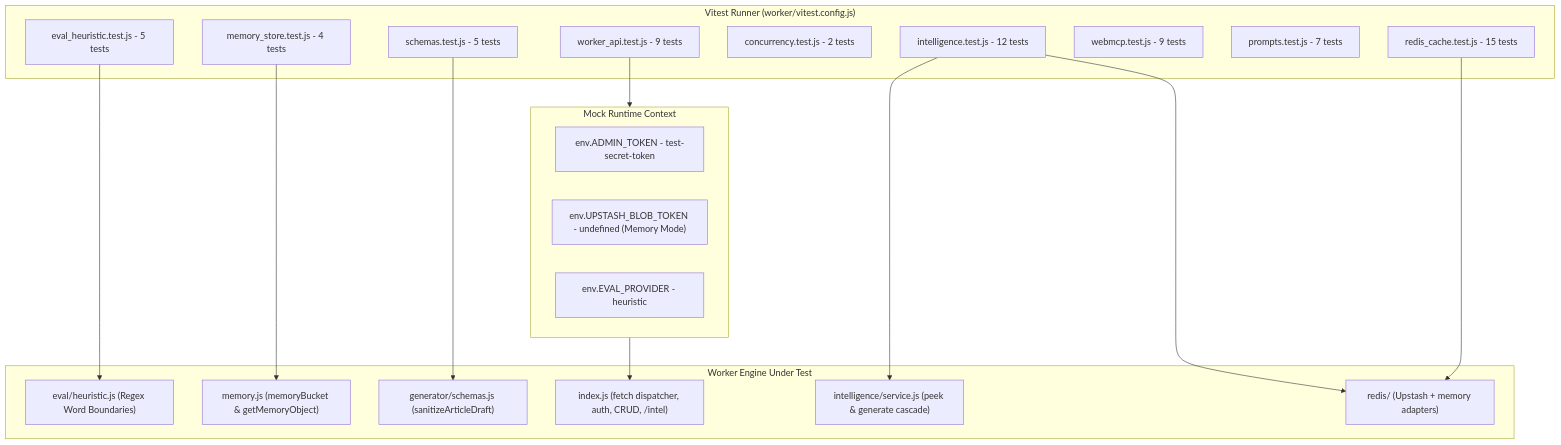
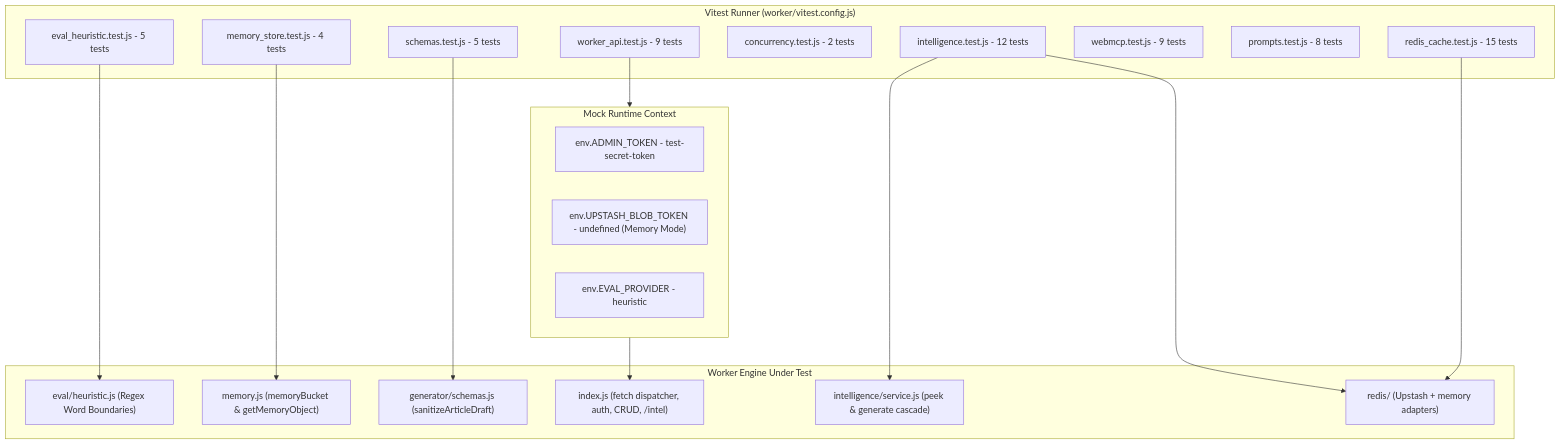
Before and after one commit to AmritSDutta/kalidass: the diagram in docs/testcases.mdx, drawn with Mermaid. The commit also changed other lines of this file and 8 other files, not shown here.

````diff
--- a/docs/testcases.mdx
+++ b/docs/testcases.mdx
@@ -14,35 +14,35 @@
 ```mermaid
 flowchart TD
   subgraph TestRunner["Vitest Runner (worker/vitest.config.js)"]
     HeuristicSuite["eval_heuristic.test.js - 5 tests"]
     MemorySuite["memory_store.test.js - 4 tests"]
     SchemaSuite["schemas.test.js - 5 tests"]
     WorkerApiSuite["worker_api.test.js - 9 tests"]
     ConcurrencySuite["concurrency.test.js - 2 tests"]
     IntelligenceSuite["intelligence.test.js - 12 tests"]
     WebMcpSuite["webmcp.test.js - 9 tests"]
-    PromptsSuite["prompts.test.js - 7 tests"]
+    PromptsSuite["prompts.test.js - 8 tests"]
     RedisSuite["redis_cache.test.js - 15 tests"]
   end
   subgraph SystemUnderTest["Worker Engine Under Test"]
     HeuristicEngine["eval/heuristic.js (Regex Word Boundaries)"]
     MemoryAdapter["memory.js (memoryBucket & getMemoryObject)"]
     SchemaNormalizer["generator/schemas.js (sanitizeArticleDraft)"]
     WorkerRouter["index.js (fetch dispatcher, auth, CRUD, /intel)"]
     IntelService["intelligence/service.js (peek & generate cascade)"]
     RedisAdapters["redis/ (Upstash + memory adapters)"]
   end
   subgraph MockEnv["Mock Runtime Context"]
     MockConfig["env.ADMIN_TOKEN - test-secret-token"]
     MockStore["env.UPSTASH_BLOB_TOKEN - undefined (Memory Mode)"]
     MockProvider["env.EVAL_PROVIDER - heuristic"]
   end
   HeuristicSuite --> HeuristicEngine
   MemorySuite --> MemoryAdapter
   SchemaSuite --> SchemaNormalizer
   WorkerApiSuite --> MockEnv
   MockEnv --> WorkerRouter
   IntelligenceSuite --> IntelService
   IntelligenceSuite --> RedisAdapters
   RedisSuite --> RedisAdapters
 ```
````
